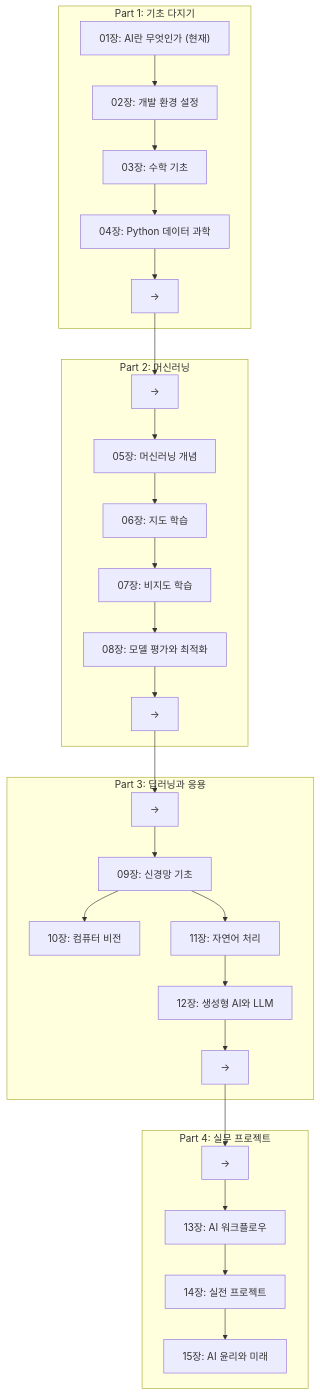
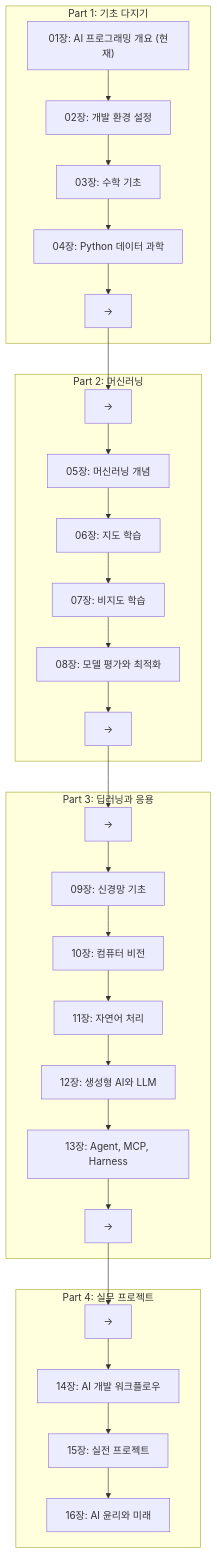
The tenth of 10 diagrams in ai-programming/01_서론/01_AI란.md (jingu279/Document), drawn with Mermaid before and after one commit. The commit also changed 1 other file, not shown here.

Commit message:
Fix roadmap: dead-end Ch10 removed, missing Ch13 added, old titles updated
- README + Ch1 로드맵: Ch09→Ch10→Ch11 sequential (was dead-end)
- Ch1 로드맵: 누락된 C13(Agent/MCP/Harness) 복원
- Ch1 로드맵: C1 제목 'AI란→AI 프로그래밍 개요'
- Ch1 로드맵: Part4 번호 C13→C14/C15/C16 수정
- README 로드맵: Ch01 제목 동기화

````diff
--- a/ai-programming/01_서론/01_AI란.md
+++ b/ai-programming/01_서론/01_AI란.md
@@ -336,42 +336,43 @@
 ```mermaid
 flowchart TB
   P1_Out["→"]
   P2_In["→"]
   P2_Out["→"]
   P3_In["→"]
   P3_Out["→"]
   P4_In["→"]
 
   subgraph Part1[Part 1: 기초 다지기]
-    C1["01장: AI란 무엇인가 (현재)"] --> C2["02장: 개발 환경 설정"]
+    C1["01장: AI 프로그래밍 개요 (현재)"] --> C2["02장: 개발 환경 설정"]
     C2 --> C3["03장: 수학 기초"]
     C3 --> C4["04장: Python 데이터 과학"]
     C4 --> P1_Out
   end
 
   subgraph Part2[Part 2: 머신러닝]
     P2_In --> C5["05장: 머신러닝 개념"]
     C5 --> C6["06장: 지도 학습"]
     C6 --> C7["07장: 비지도 학습"]
     C7 --> C8["08장: 모델 평가와 최적화"]
     C8 --> P2_Out
   end
 
   subgraph Part3[Part 3: 딥러닝과 응용]
     P3_In --> C9["09장: 신경망 기초"]
     C9 --> C10["10장: 컴퓨터 비전"]
-    C9 --> C11["11장: 자연어 처리"]
+    C10 --> C11["11장: 자연어 처리"]
     C11 --> C12["12장: 생성형 AI와 LLM"]
-    C12 --> P3_Out
+    C12 --> C13["13장: Agent, MCP, Harness"]
+    C13 --> P3_Out
   end
 
   subgraph Part4[Part 4: 실무 프로젝트]
-    P4_In --> C13["13장: AI 워크플로우"]
-    C13 --> C14["14장: 실전 프로젝트"]
-    C14 --> C15["15장: AI 윤리와 미래"]
+    P4_In --> C14["14장: AI 개발 워크플로우"]
+    C14 --> C15["15장: 실전 프로젝트"]
+    C15 --> C16["16장: AI 윤리와 미래"]
   end
 
   P1_Out --> P2_In
   P2_Out --> P3_In
   P3_Out --> P4_In
 ```
````
